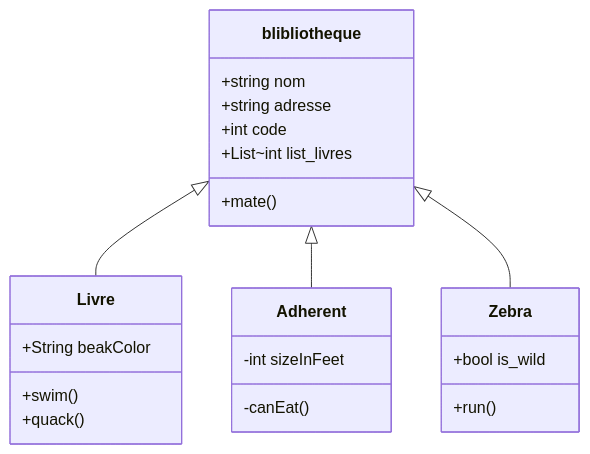
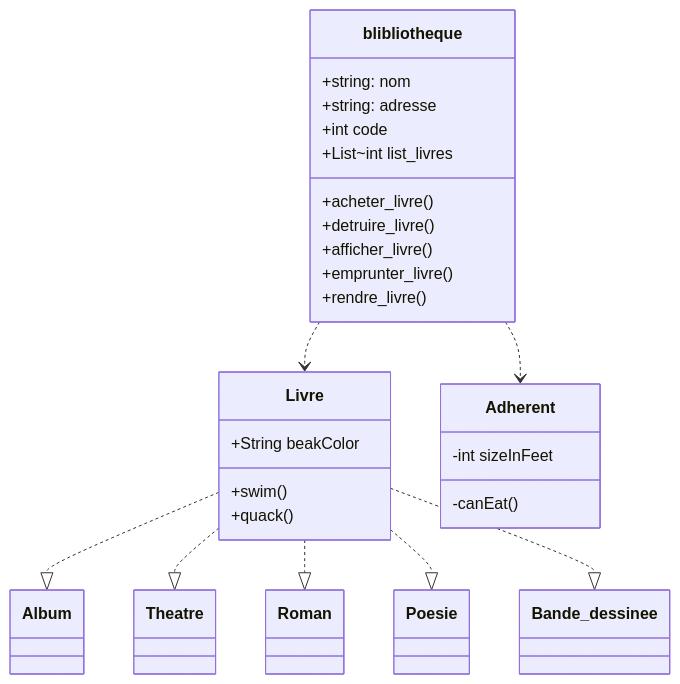
The diagram in mermaid.md (Esteban-ve/projet-gestion-de-bibliotheques), drawn with Mermaid before and after one commit.

Commit message:
sous classe livre

````diff
--- a/mermaid.md
+++ b/mermaid.md
@@ -1,26 +1,37 @@
 ```mermaid
 classDiagram
-    blibliotheque <|-- Livre
-    blibliotheque <|-- Adherent
-    blibliotheque <|-- Zebra
-    blibliotheque : +string nom
-    blibliotheque : +string adresse
-    blibliotheque : +int code
-    blibliotheque : +List~int list_livres
+    blibliotheque ..> Livre
+    blibliotheque ..> Adherent
 
-    blibliotheque: +mate()
+    Livre ..|> Album
+    Livre ..|> Theatre
+    Livre ..|> Roman
+    Livre ..|> Poesie
+    Livre ..|> Bande_dessinee
+
+    class blibliotheque{
+    +string: nom
+    +string: adresse
+    +int code
+    +List~int list_livres
+
+    +acheter_livre()
+    +detruire_livre()
+    +afficher_livre()
+    +emprunter_livre()
+    +rendre_livre()
+    
+    }
+
     class Livre{
-      +String beakColor
+      +String beakColor 
       +swim()
       +quack()
     }
     class Adherent{
       -int sizeInFeet
       -canEat()
     }
-    class Zebra{
-      +bool is_wild
-      +run()
-    }
+
 
 ```
````
